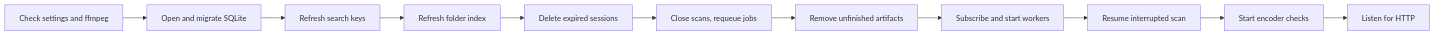
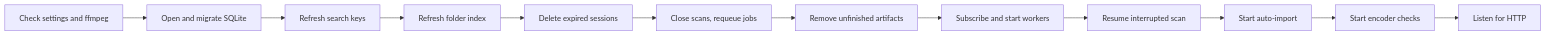
Before and after one commit to syudead/vv: the second of 3 diagrams in docs/design-docs/process-lifecycle.md, drawn with Mermaid. The commit also changed other lines of this file and 17 other files, not shown here.

````diff
--- a/docs/design-docs/process-lifecycle.md
+++ b/docs/design-docs/process-lifecycle.md
@@ -37,13 +39,14 @@
 ```mermaid
 flowchart LR
   cfg[Check settings and ffmpeg] --> db[Open and migrate SQLite]
   db --> keys[Refresh search keys]
   keys --> idx[Refresh folder index]
   idx --> auth[Delete expired sessions]
   auth --> rec[Close scans, requeue jobs]
   rec --> tmp[Remove unfinished artifacts]
   tmp --> work[Subscribe and start workers]
   work --> resume[Resume interrupted scan]
-  resume --> enc[Start encoder checks]
+  resume --> auto[Start auto-import]
+  auto --> enc[Start encoder checks]
   enc --> http[Listen for HTTP]
 ```
````
